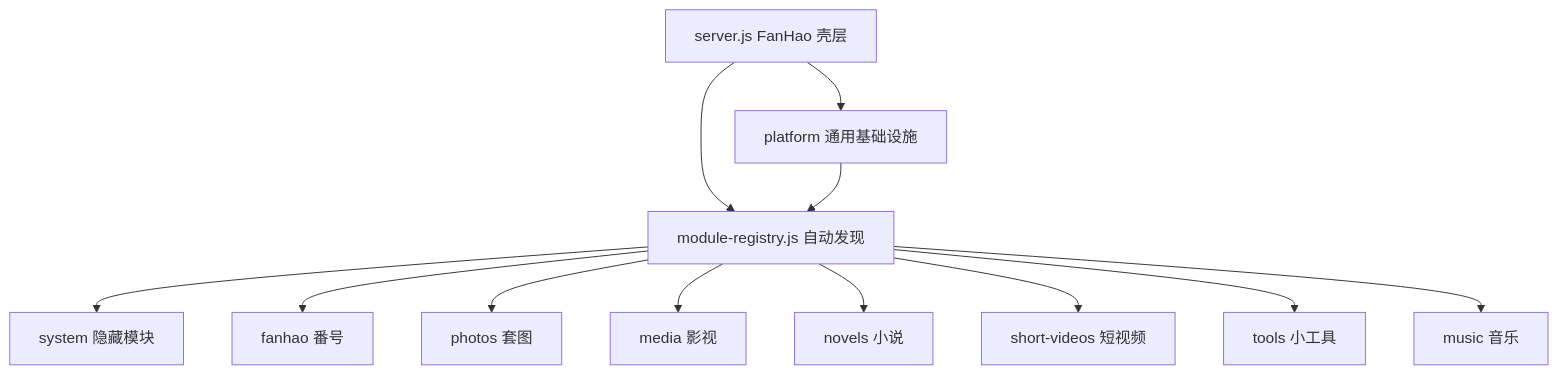
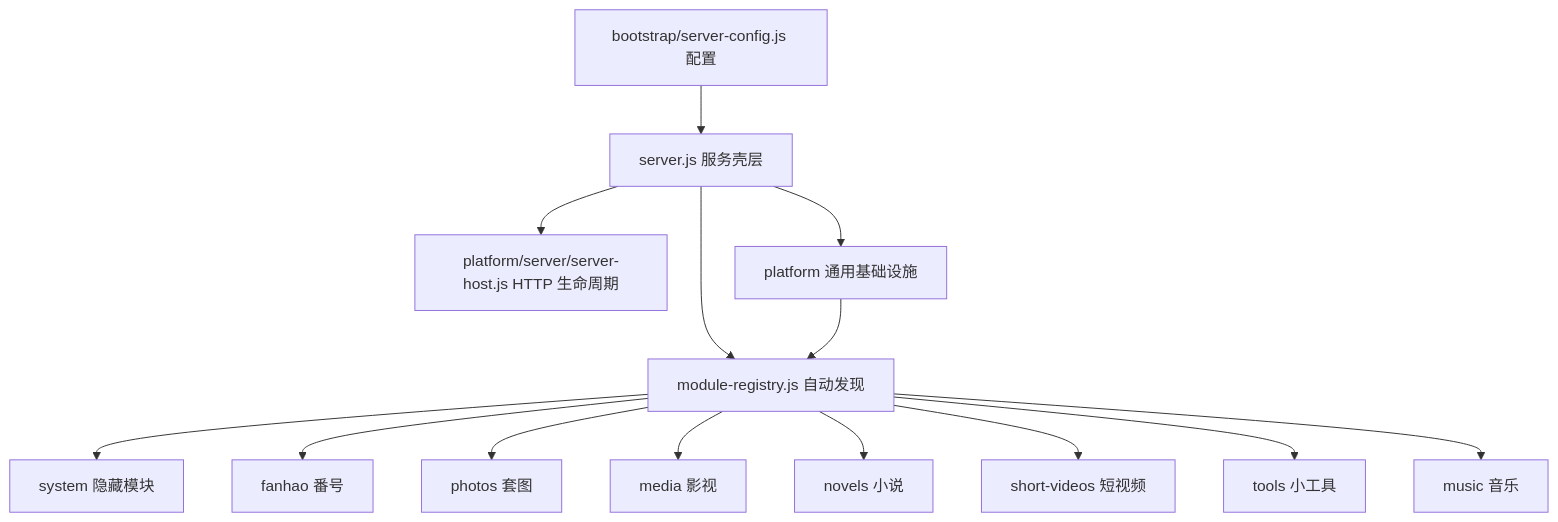
One commit to xincheng213618/FanHao changed the first of 2 diagrams in docs/server-architecture.md. Above: the diagram before and after it, drawn with Mermaid. The commit also changed other lines of this file and 53 other files, not shown here.

Commit message:
Refactor application hosts and server bootstrap

````diff
--- a/docs/server-architecture.md
+++ b/docs/server-architecture.md
@@ -7,14 +7,16 @@
 ```mermaid
 flowchart TD
-  Shell["server.js FanHao 壳层"] --> Registry["module-registry.js 自动发现"]
+  Config["bootstrap/server-config.js 配置"] --> Shell["server.js 服务壳层"]
+  Shell --> Registry["module-registry.js 自动发现"]
+  Shell --> Host["platform/server/server-host.js HTTP 生命周期"]
   Registry --> System["system 隐藏模块"]
   Registry --> Fanhao["fanhao 番号"]
   Registry --> Photos["photos 套图"]
   Registry --> Media["media 影视"]
   Registry --> Novels["novels 小说"]
   Registry --> Short["short-videos 短视频"]
   Registry --> Tools["tools 小工具"]
   Registry --> Music["music 音乐"]
   Shell --> Platform["platform 通用基础设施"]
   Platform --> Registry
 ```
````
